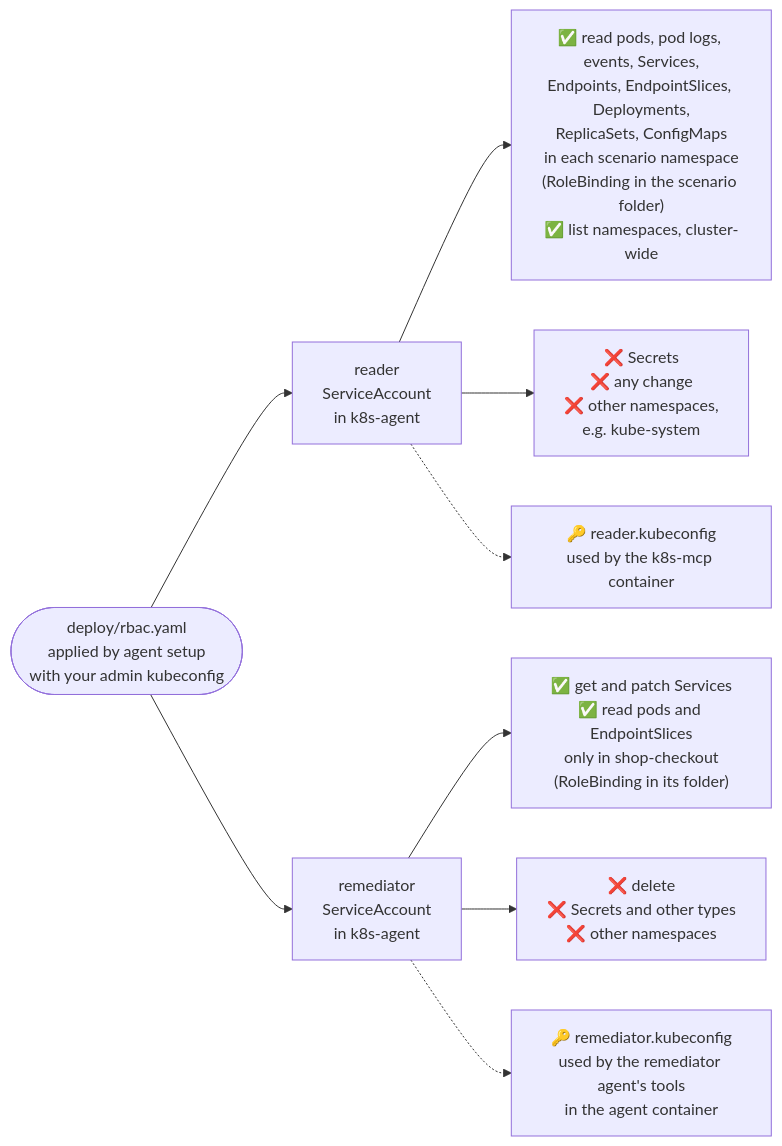
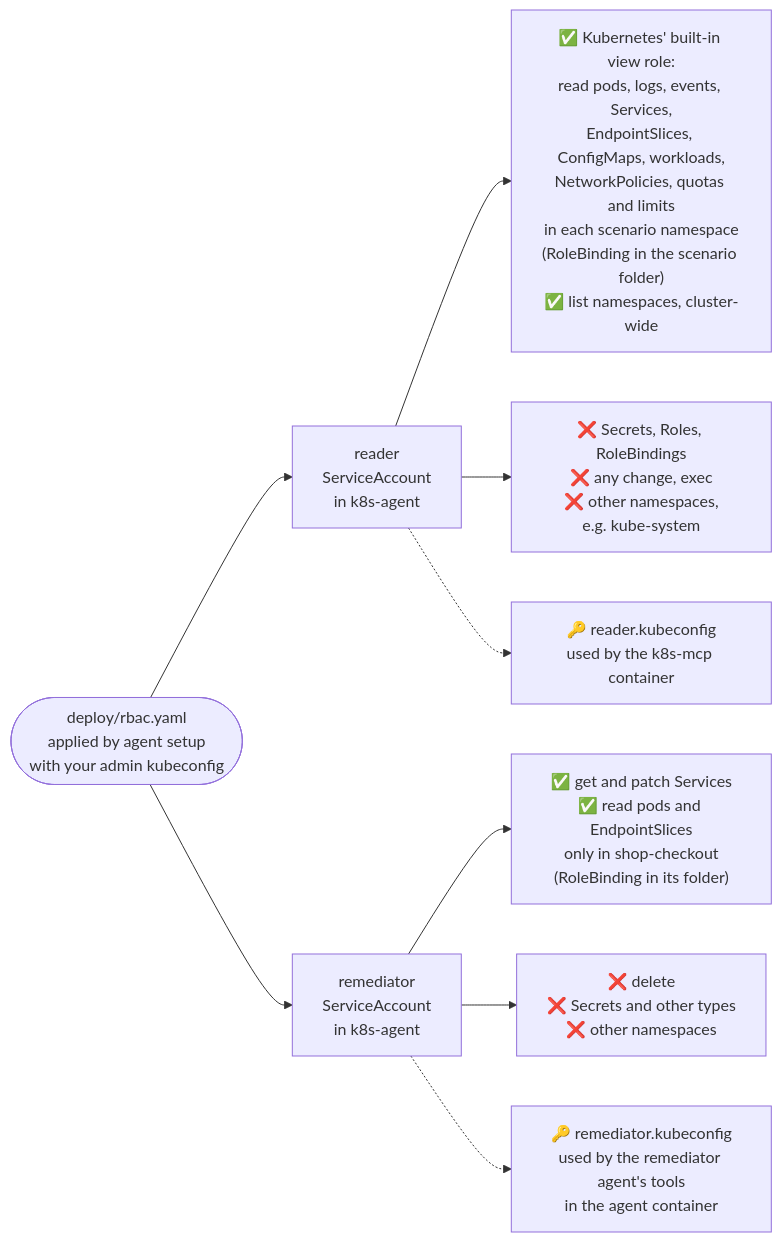
The fifth of 7 diagrams in SPEC.md (tomershukhman/k8s-troubleshooting-agent), drawn with Mermaid before and after one commit. The commit also changed other lines of this file, not shown here.

````diff
--- a/SPEC.md
+++ b/SPEC.md
@@ -580,17 +591,17 @@
 ```mermaid
 flowchart LR
     setup(["deploy/rbac.yaml<br/>applied by agent setup<br/>with your admin kubeconfig"])
     reader["reader<br/>ServiceAccount<br/>in k8s-agent"]
     remediator["remediator<br/>ServiceAccount<br/>in k8s-agent"]
 
     setup --> reader
     setup --> remediator
 
-    reader --> rcan["✅ read pods, pod logs, events, Services,<br/>Endpoints, EndpointSlices, Deployments,<br/>ReplicaSets, ConfigMaps<br/>in each scenario namespace<br/>(RoleBinding in the scenario folder)<br/>✅ list namespaces, cluster-wide"]
-    reader --> rno["❌ Secrets<br/>❌ any change<br/>❌ other namespaces,<br/>e.g. kube-system"]
+    reader --> rcan["✅ Kubernetes' built-in view role:<br/>read pods, logs, events, Services,<br/>EndpointSlices, ConfigMaps, workloads,<br/>NetworkPolicies, quotas and limits<br/>in each scenario namespace<br/>(RoleBinding in the scenario folder)<br/>✅ list namespaces, cluster-wide"]
+    reader --> rno["❌ Secrets, Roles, RoleBindings<br/>❌ any change, exec<br/>❌ other namespaces,<br/>e.g. kube-system"]
     reader -.-> rkey["🔑 reader.kubeconfig<br/>used by the k8s-mcp container"]
 
     remediator --> wcan["✅ get and patch Services<br/>✅ read pods and EndpointSlices<br/>only in shop-checkout<br/>(RoleBinding in its folder)"]
     remediator --> wno["❌ delete<br/>❌ Secrets and other types<br/>❌ other namespaces"]
     remediator -.-> wkey["🔑 remediator.kubeconfig<br/>used by the remediator agent's tools<br/>in the agent container"]
 ```
````
